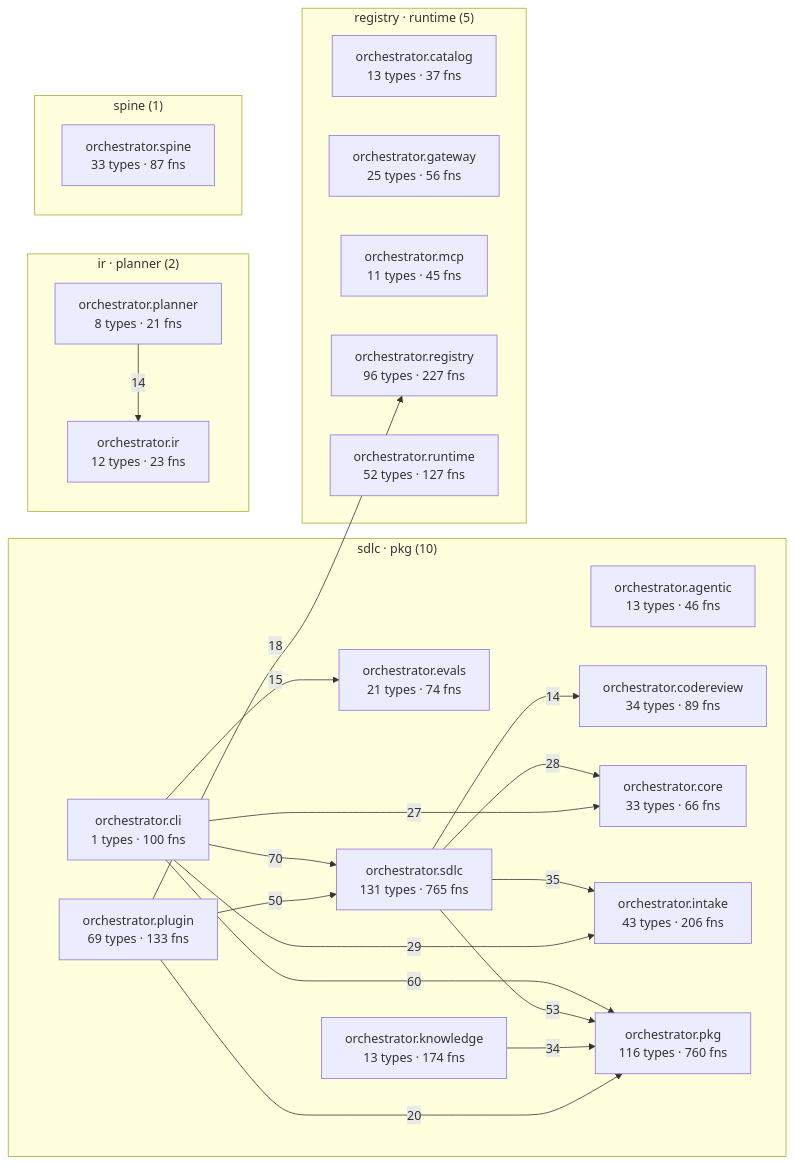
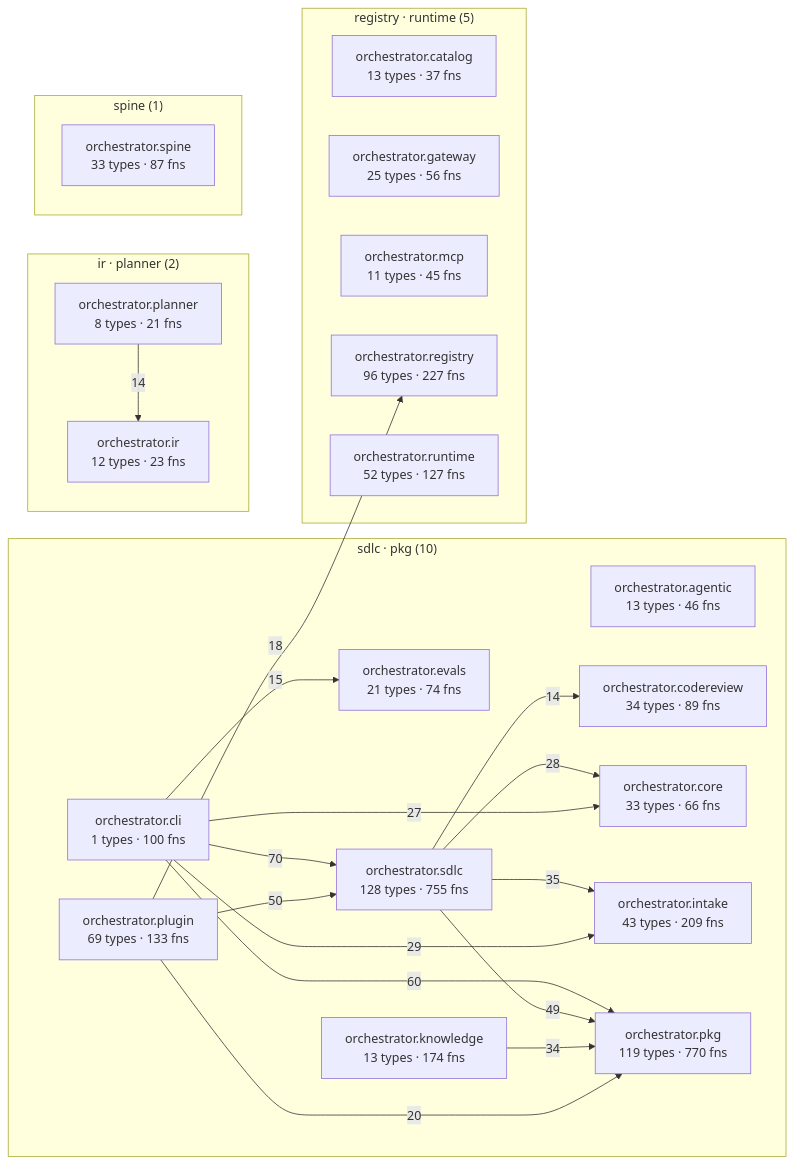
Before and after one commit to palakupadhyay23/spine: the diagram in episteme/architecture.md, drawn with Mermaid. The commit also changed other lines of this file and 8 other files, not shown here.

````diff
--- a/episteme/architecture.md
+++ b/episteme/architecture.md
@@ -54,43 +54,43 @@
 ```mermaid
 flowchart LR
   subgraph c_2["sdlc · pkg (10)"]
     aorchestratoragentic["orchestrator.agentic<br/>13 types · 46 fns"]
     aorchestratorcli["orchestrator.cli<br/>1 types · 100 fns"]
     aorchestratorcodereview["orchestrator.codereview<br/>34 types · 89 fns"]
     aorchestratorcore["orchestrator.core<br/>33 types · 66 fns"]
     aorchestratorevals["orchestrator.evals<br/>21 types · 74 fns"]
-    aorchestratorintake["orchestrator.intake<br/>43 types · 206 fns"]
+    aorchestratorintake["orchestrator.intake<br/>43 types · 209 fns"]
     aorchestratorknowledge["orchestrator.knowledge<br/>13 types · 174 fns"]
-    aorchestratorpkg["orchestrator.pkg<br/>116 types · 760 fns"]
+    aorchestratorpkg["orchestrator.pkg<br/>119 types · 770 fns"]
     aorchestratorplugin["orchestrator.plugin<br/>69 types · 133 fns"]
-    aorchestratorsdlc["orchestrator.sdlc<br/>131 types · 765 fns"]
+    aorchestratorsdlc["orchestrator.sdlc<br/>128 types · 755 fns"]
   end
   subgraph c_4["registry · runtime (5)"]
     aorchestratorcatalog["orchestrator.catalog<br/>13 types · 37 fns"]
     aorchestratorgateway["orchestrator.gateway<br/>25 types · 56 fns"]
     aorchestratormcp["orchestrator.mcp<br/>11 types · 45 fns"]
     aorchestratorregistry["orchestrator.registry<br/>96 types · 227 fns"]
     aorchestratorruntime["orchestrator.runtime<br/>52 types · 127 fns"]
   end
   subgraph c_7["ir · planner (2)"]
     aorchestratorir["orchestrator.ir<br/>12 types · 23 fns"]
     aorchestratorplanner["orchestrator.planner<br/>8 types · 21 fns"]
   end
   subgraph c_12["spine (1)"]
     aorchestratorspine["orchestrator.spine<br/>33 types · 87 fns"]
   end
   aorchestratorcli -->|70| aorchestratorsdlc
   aorchestratorcli -->|60| aorchestratorpkg
-  aorchestratorsdlc -->|53| aorchestratorpkg
   aorchestratorplugin -->|50| aorchestratorsdlc
+  aorchestratorsdlc -->|49| aorchestratorpkg
   aorchestratorsdlc -->|35| aorchestratorintake
   aorchestratorknowledge -->|34| aorchestratorpkg
   aorchestratorcli -->|29| aorchestratorintake
   aorchestratorsdlc -->|28| aorchestratorcore
   aorchestratorcli -->|27| aorchestratorcore
   aorchestratorplugin -->|20| aorchestratorpkg
   aorchestratorplugin -->|18| aorchestratorregistry
   aorchestratorcli -->|15| aorchestratorevals
   aorchestratorplanner -->|14| aorchestratorir
   aorchestratorsdlc -->|14| aorchestratorcodereview
 ```
````
